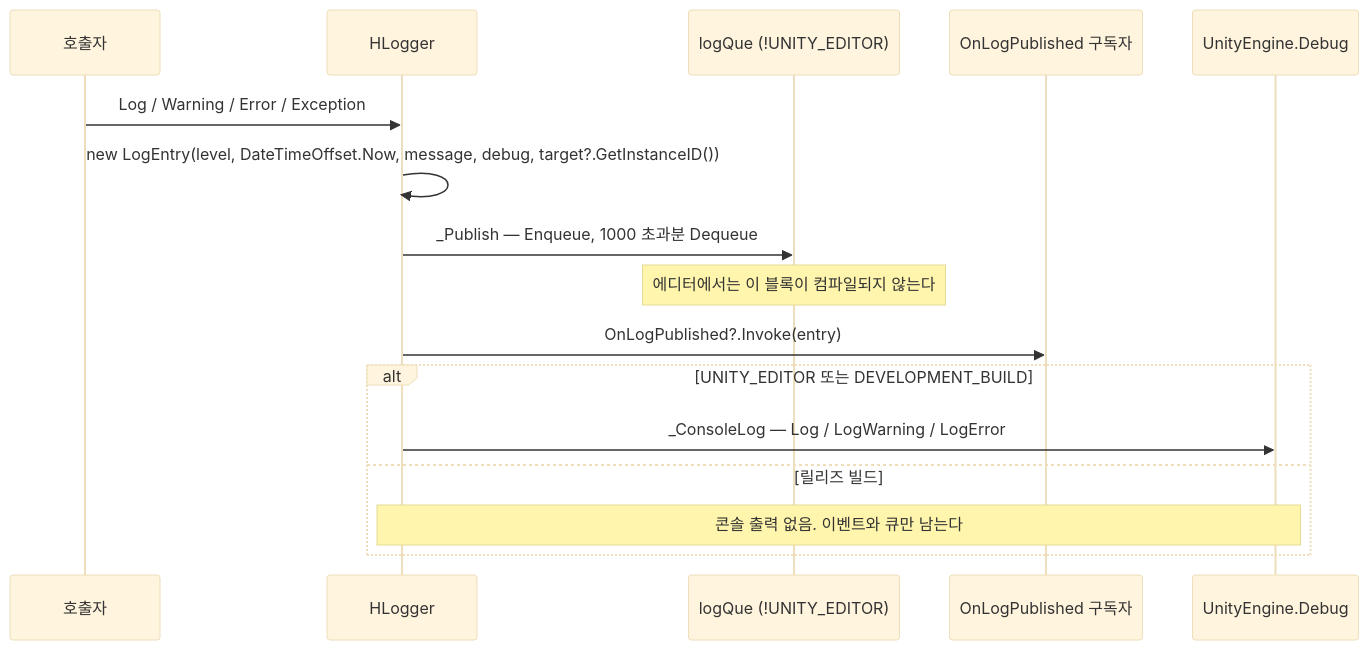
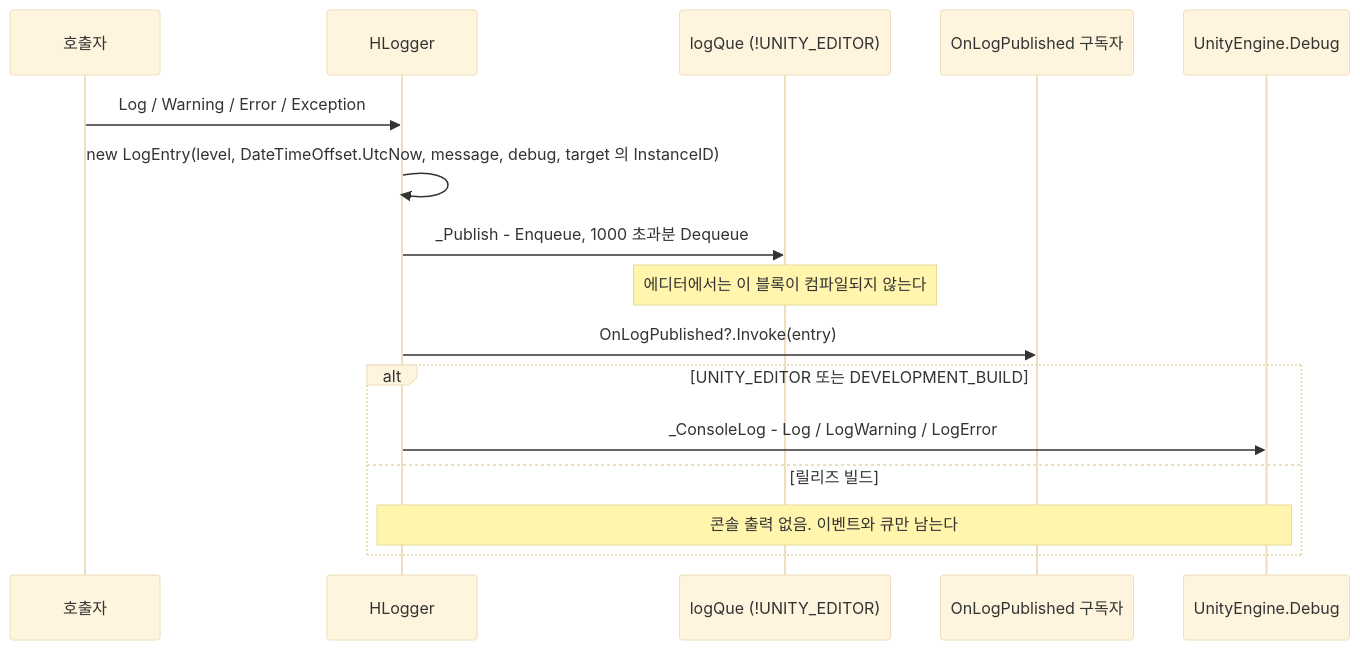
Before and after one commit to HoHong123/HCUP-Unity: the second of 2 diagrams in HDiagnosis/Runtime/README.md, drawn with Mermaid (base theme). The commit also changed other lines of this file, not shown here.

````diff
--- a/HDiagnosis/Runtime/README.md
+++ b/HDiagnosis/Runtime/README.md
@@ -99,19 +96,19 @@
 ```mermaid
 sequenceDiagram
     participant C as 호출자
     participant L as HLogger
     participant Q as logQue (!UNITY_EDITOR)
     participant S as OnLogPublished 구독자
     participant D as UnityEngine.Debug
 
     C->>L: Log / Warning / Error / Exception
-    L->>L: new LogEntry(level, DateTimeOffset.Now, message, debug, target?.GetInstanceID())
-    L->>Q: _Publish — Enqueue, 1000 초과분 Dequeue
+    L->>L: new LogEntry(level, DateTimeOffset.UtcNow, message, debug, target 의 InstanceID)
+    L->>Q: _Publish - Enqueue, 1000 초과분 Dequeue
     Note over Q: 에디터에서는 이 블록이 컴파일되지 않는다
     L->>S: OnLogPublished?.Invoke(entry)
     alt UNITY_EDITOR 또는 DEVELOPMENT_BUILD
-        L->>D: _ConsoleLog — Log / LogWarning / LogError
+        L->>D: _ConsoleLog - Log / LogWarning / LogError
     else 릴리즈 빌드
         Note over L,D: 콘솔 출력 없음. 이벤트와 큐만 남는다
     end
 ```
````
